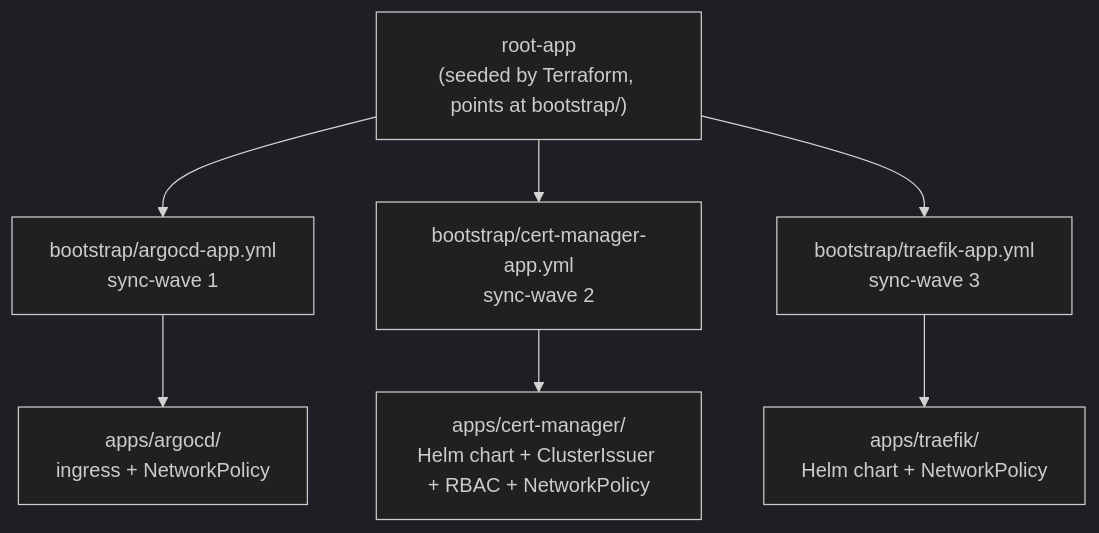
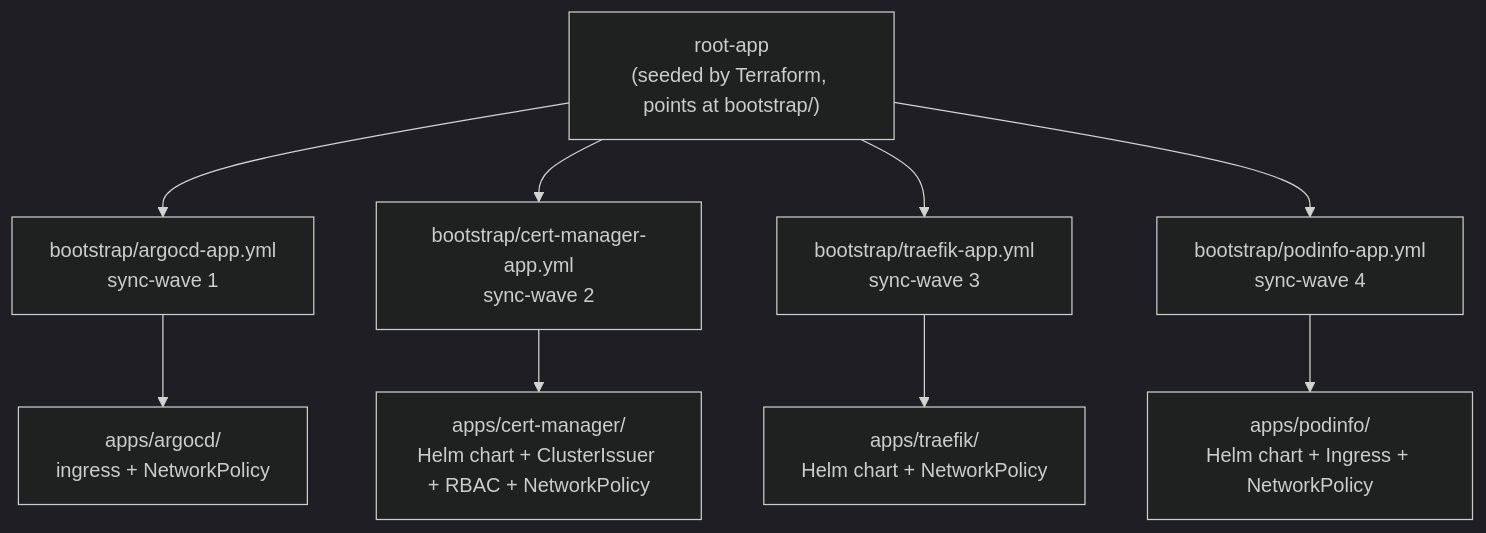
One commit to sbhiii/homelab-gitops changed the diagram in docs/architecture.md. Above: the diagram before and after it, drawn with Mermaid (dark theme). The commit also changed other lines of this file and 2 other files, not shown here.

First line of the commit message:
Document podinfo

````diff
--- a/docs/architecture.md
+++ b/docs/architecture.md
@@ -9,9 +9,11 @@
 ```mermaid
 flowchart TD
     R["root-app\n(seeded by Terraform, points at bootstrap/)"] --> B1["bootstrap/argocd-app.yml\nsync-wave 1"]
     R --> B2["bootstrap/cert-manager-app.yml\nsync-wave 2"]
     R --> B3["bootstrap/traefik-app.yml\nsync-wave 3"]
+    R --> B4["bootstrap/podinfo-app.yml\nsync-wave 4"]
     B1 --> A1["apps/argocd/\ningress + NetworkPolicy"]
     B2 --> A2["apps/cert-manager/\nHelm chart + ClusterIssuer + RBAC + NetworkPolicy"]
     B3 --> A3["apps/traefik/\nHelm chart + NetworkPolicy"]
+    B4 --> A4["apps/podinfo/\nHelm chart + Ingress + NetworkPolicy"]
 ```
````
